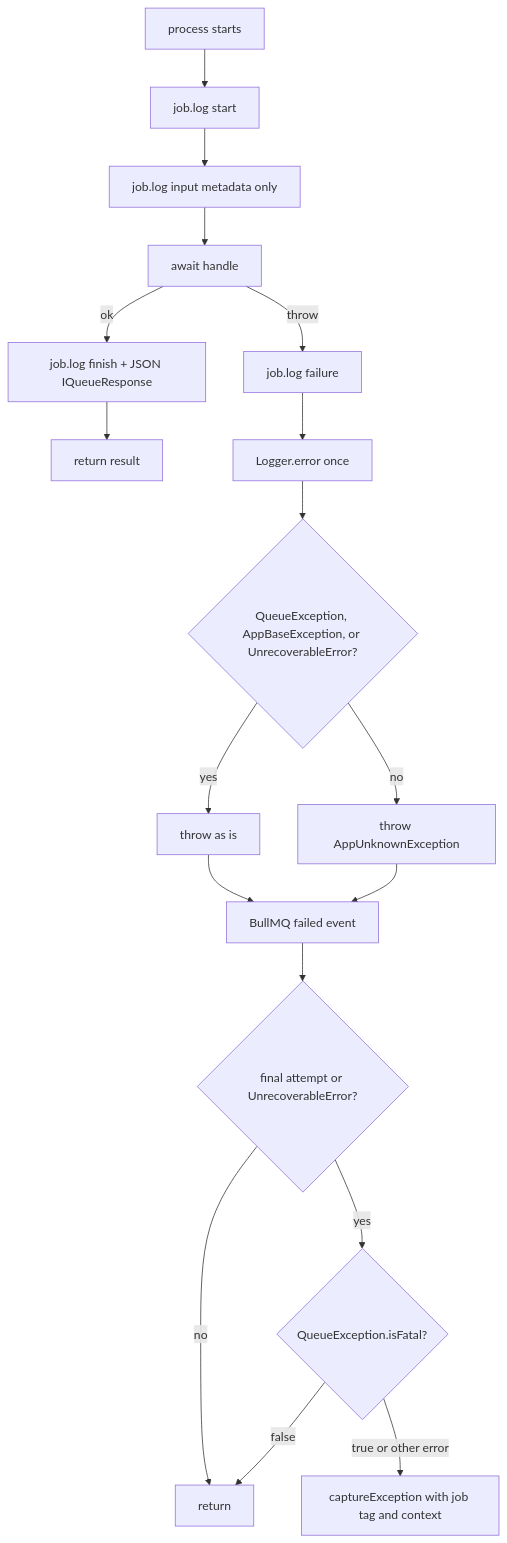
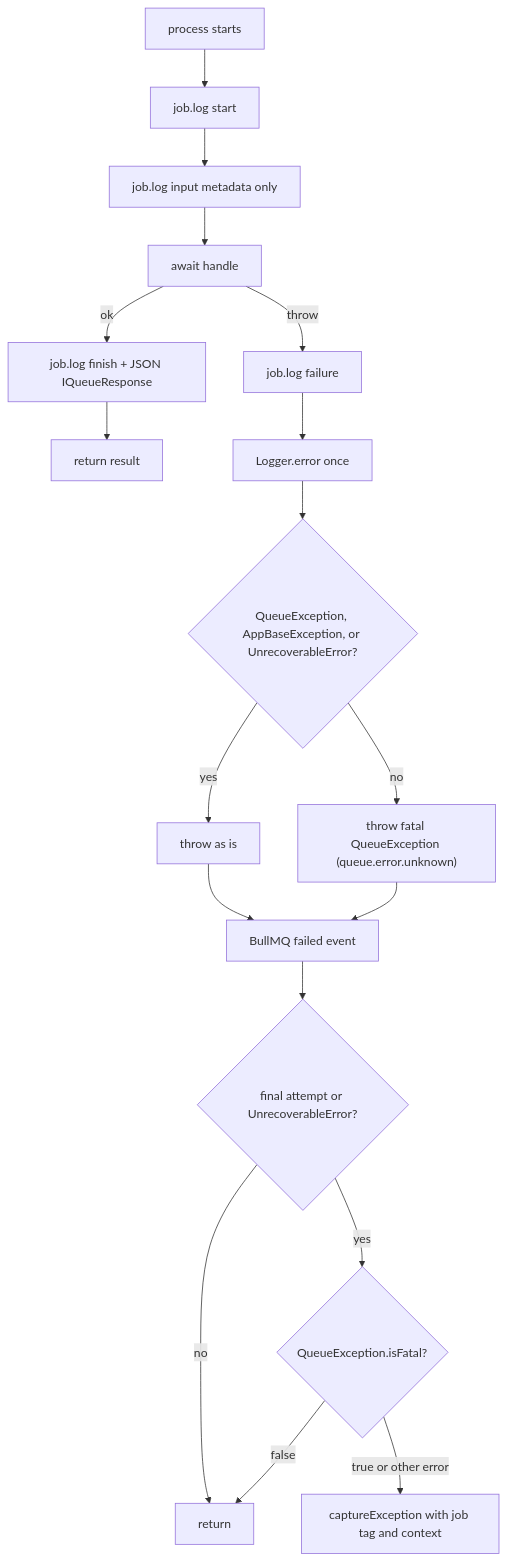
One commit to andrechristikan/ack-nestjs-boilerplate changed the second of 2 diagrams in docs/queue.md. Above: the diagram before and after it, drawn with Mermaid. The commit also changed other lines of this file and 95 other files, not shown here.

````diff
--- a/docs/queue.md
+++ b/docs/queue.md
@@ -650,20 +668,20 @@
 ```mermaid
 flowchart TD
     start[process starts] --> logStart[job.log start]
     logStart --> logInput["job.log input metadata only"]
     logInput --> handle[await handle]
     handle -->|ok| logFinish["job.log finish + JSON IQueueResponse"]
     logFinish --> done[return result]
     handle -->|throw| logFail[job.log failure]
     logFail --> nestErr["Logger.error once"]
     nestErr --> typed{QueueException, AppBaseException, or UnrecoverableError?}
     typed -->|yes| rethrow[throw as is]
-    typed -->|no| wrap[throw AppUnknownException]
+    typed -->|no| wrap["throw fatal QueueException (queue.error.unknown)"]
     rethrow --> failedEvt[BullMQ failed event]
     wrap --> failedEvt
     failedEvt --> gate{final attempt or UnrecoverableError?}
     gate -->|no| skip[return]
     gate -->|yes| fatal{QueueException.isFatal?}
     fatal -->|false| skip
     fatal -->|true or other error| sentry["captureException with job tag and context"]
 ```
````
